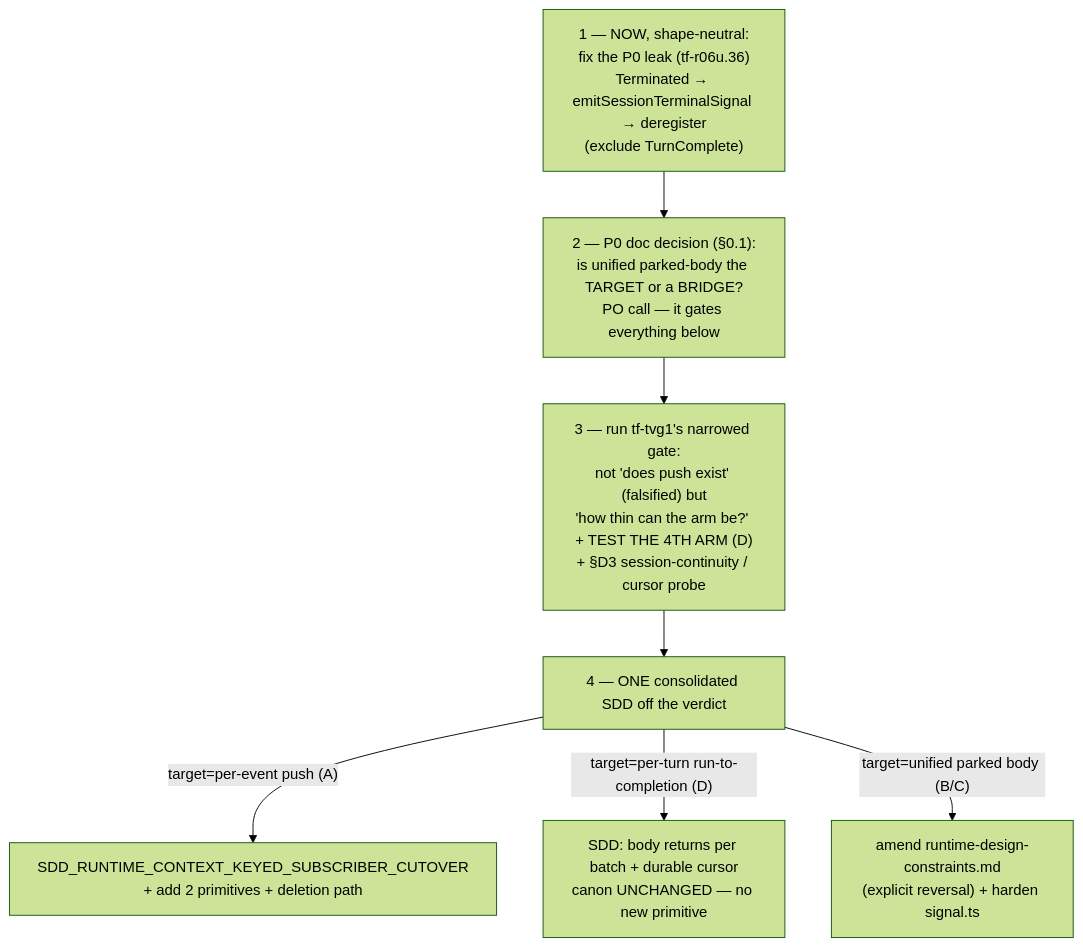
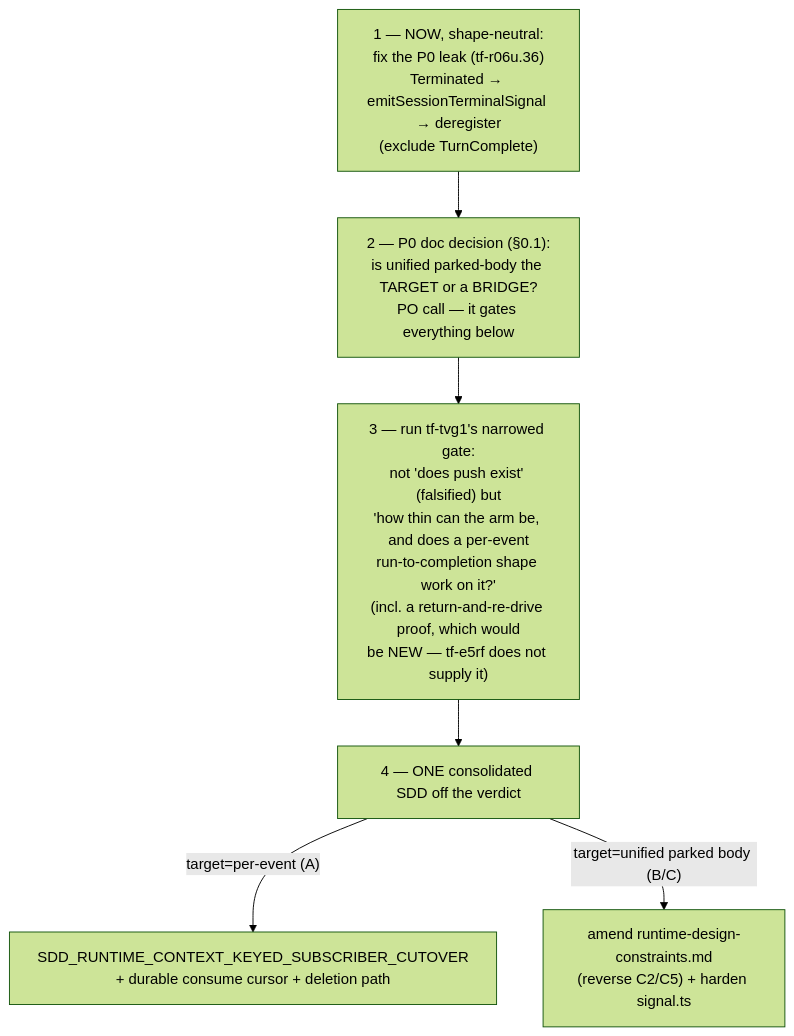
Before and after one commit to gurdasnijor/firegrid: the fifth of 5 diagrams in docs/proposals/PROPOSAL_RUNTIME_CONTEXT_KEYED_SUBSCRIBER_RECONCILE_2026-06-02.md, drawn with Mermaid (forest theme). The commit also changed other lines of this file, not shown here.

First line of the commit message:
docs(proposal): v4 — fold third "D pressure-test" review (option D demoted)

````diff
--- a/docs/proposals/PROPOSAL_RUNTIME_CONTEXT_KEYED_SUBSCRIBER_RECONCILE_2026-06-02.md
+++ b/docs/proposals/PROPOSAL_RUNTIME_CONTEXT_KEYED_SUBSCRIBER_RECONCILE_2026-06-02.md
@@ -348,11 +410,10 @@
 ```mermaid
 flowchart TD
     S1["1 — NOW, shape-neutral:<br/>fix the P0 leak (tf-r06u.36)<br/>Terminated → emitSessionTerminalSignal → deregister<br/>(exclude TurnComplete)"]
     S2["2 — P0 doc decision (§0.1):<br/>is unified parked-body the TARGET or a BRIDGE?<br/>PO call — it gates everything below"]
-    S3["3 — run tf-tvg1's narrowed gate:<br/>not 'does push exist' (falsified) but<br/>'how thin can the arm be?' + TEST THE 4TH ARM (D)<br/>+ §D3 session-continuity / cursor probe"]
+    S3["3 — run tf-tvg1's narrowed gate:<br/>not 'does push exist' (falsified) but<br/>'how thin can the arm be, and does a per-event<br/>run-to-completion shape work on it?'<br/>(incl. a return-and-re-drive proof, which would<br/>be NEW — tf-e5rf does not supply it)"]
     S4["4 — ONE consolidated SDD off the verdict"]
     S1 --> S2 --> S3 --> S4
-    S4 -->|"target=per-event push (A)"| S4a["SDD_RUNTIME_CONTEXT_KEYED_SUBSCRIBER_CUTOVER<br/>+ add 2 primitives + deletion path"]
-    S4 -->|"target=per-turn run-to-completion (D)"| S4d["SDD: body returns per batch + durable cursor<br/>canon UNCHANGED — no new primitive"]
-    S4 -->|"target=unified parked body (B/C)"| S4b["amend runtime-design-constraints.md<br/>(explicit reversal) + harden signal.ts"]
+    S4 -->|"target=per-event (A)"| S4a["SDD_RUNTIME_CONTEXT_KEYED_SUBSCRIBER_CUTOVER<br/>+ durable consume cursor + deletion path"]
+    S4 -->|"target=unified parked body (B/C)"| S4b["amend runtime-design-constraints.md<br/>(reverse C2/C5) + harden signal.ts"]
 ```
````
